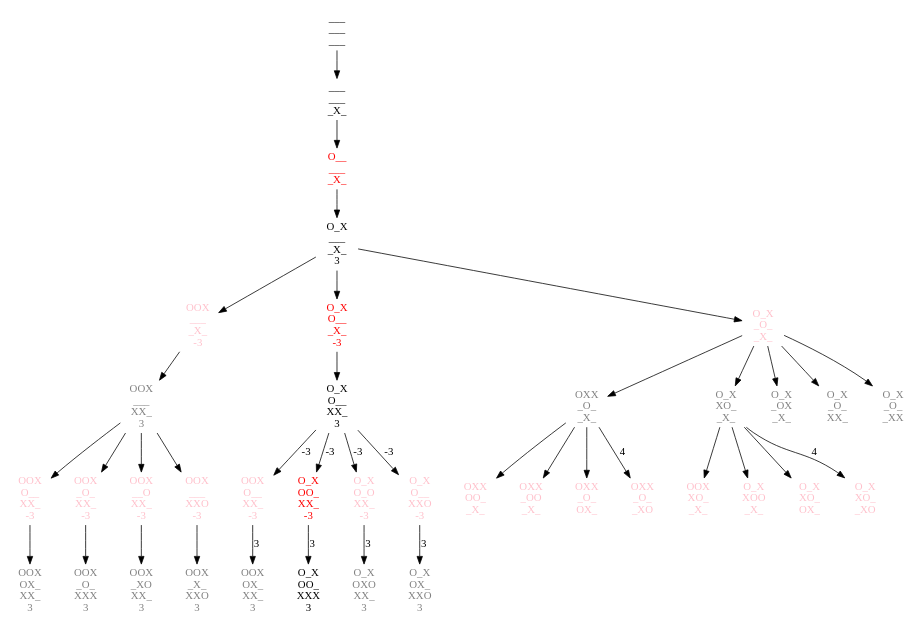
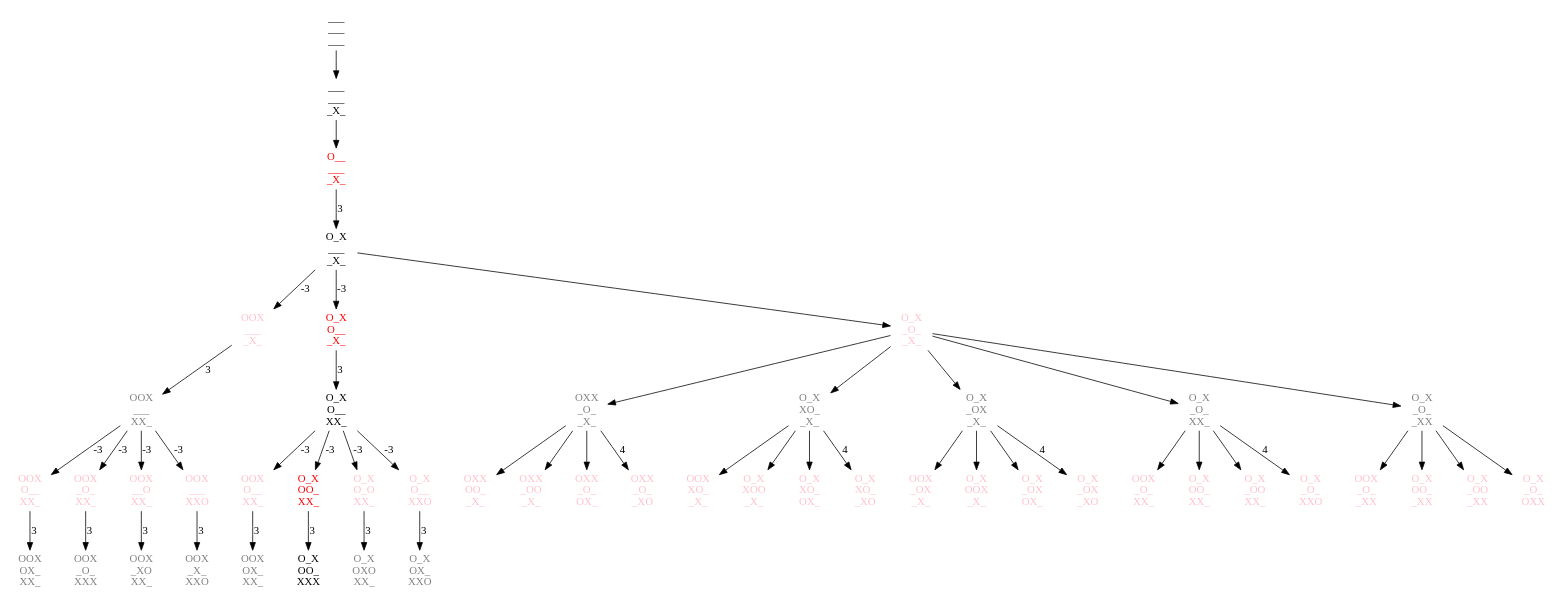
The diagram in monikas_game.dot (tybl/monorepo), drawn with Graphviz before and after one commit. The commit also changed 2 other files, not shown here.

```diff
--- a/monikas_game.dot
+++ b/monikas_game.dot
@@ -1,79 +1,103 @@
 digraph G {
   Empty [fontname="mono" fontcolor="black" shape=none label="___\n___\n___"];
   M7 [fontname="mono" fontcolor="black" shape=none label="___\n___\n_X_"];
   Empty -> M7;
   A70 [fontname="mono" fontcolor="red" shape=none label="O__\n___\n_X_"];
   M7 -> A70;
-  M702 [fontname="mono" fontcolor="black" shape=none label="O_X\n___\n_X_\n3"];
-  A70 -> M702;
-  a7021 [fontname="mono" fontcolor="pink" shape=none label="OOX\n___\n_X_\n-3"];
-  M702 -> a7021;
-  m70216 [fontname="mono" fontcolor="grey" shape=none label="OOX\n___\nXX_\n3"];
-  a7021 -> m70216;
-  a702163 [fontname="mono" fontcolor="pink" shape=none label="OOX\nO__\nXX_\n-3"];
-  m70216 -> a702163;
-  m7021634 [fontname="mono" fontcolor="grey" shape=none label="OOX\nOX_\nXX_\n3"];
-  a702163 -> m7021634;
-  a702164 [fontname="mono" fontcolor="pink" shape=none label="OOX\n_O_\nXX_\n-3"];
-  m70216 -> a702164;
-  m7021648 [fontname="mono" fontcolor="grey" shape=none label="OOX\n_O_\nXXX\n3"];
-  a702164 ->m7021648;
-  a702165 [fontname="mono" fontcolor="pink" shape=none label="OOX\n__O\nXX_\n-3"];
-  m70216 -> a702165;
-  m7021654 [fontname="mono" fontcolor="grey" shape=none label="OOX\n_XO\nXX_\n3"];
-  a702165 -> m7021654;
-  a702168 [fontname="mono" fontcolor="pink" shape=none label="OOX\n___\nXXO\n-3"];
-  m70216 -> a702168;
-  m7021684 [fontname="mono" fontcolor="grey" shape=none label="OOX\n_X_\nXXO\n3"];
-  a702168 -> m7021684;
+  M702 [fontname="mono" fontcolor="black" shape=none label="O_X\n___\n_X_"];
+  A70 -> M702 [label="3"];
+  a7021 [fontname="mono" fontcolor="pink" shape=none label="OOX\n___\n_X_"];
+  M702 -> a7021 [label="-3"];
+  m70216 [fontname="mono" fontcolor="grey" shape=none label="OOX\n___\nXX_"];
+  a7021 -> m70216 [label="3"];
+  a702163 [fontname="mono" fontcolor="pink" shape=none label="OOX\nO__\nXX_"];
+  m70216 -> a702163 [label="-3"];
+  m7021634 [fontname="mono" fontcolor="grey" shape=none label="OOX\nOX_\nXX_"];
+  a702163 -> m7021634 [label="3"];
+  a702164 [fontname="mono" fontcolor="pink" shape=none label="OOX\n_O_\nXX_"];
+  m70216 -> a702164 [label="-3"];
+  m7021648 [fontname="mono" fontcolor="grey" shape=none label="OOX\n_O_\nXXX"];
+  a702164 ->m7021648 [label="3"];
+  a702165 [fontname="mono" fontcolor="pink" shape=none label="OOX\n__O\nXX_"];
+  m70216 -> a702165 [label="-3"];
+  m7021654 [fontname="mono" fontcolor="grey" shape=none label="OOX\n_XO\nXX_"];
+  a702165 -> m7021654 [label="3"];
+  a702168 [fontname="mono" fontcolor="pink" shape=none label="OOX\n___\nXXO"];
+  m70216 -> a702168 [label="-3"];
+  m7021684 [fontname="mono" fontcolor="grey" shape=none label="OOX\n_X_\nXXO"];
+  a702168 -> m7021684 [label="3"];
 
-  A7023 [fontname="mono" fontcolor="red" shape=none label="O_X\nO__\n_X_\n-3"];
-  M702 -> A7023;
-  M70236 [fontname="mono" fontcolor="black" shape=none label="O_X\nO__\nXX_\n3"];
-  A7023 -> M70236;
-  a702361 [fontname="mono" fontcolor="pink" shape=none label="OOX\nO__\nXX_\n-3"];
+  A7023 [fontname="mono" fontcolor="red" shape=none label="O_X\nO__\n_X_"];
+  M702 -> A7023 [label="-3"];
+  M70236 [fontname="mono" fontcolor="black" shape=none label="O_X\nO__\nXX_"];
+  A7023 -> M70236 [label="3"];
+  a702361 [fontname="mono" fontcolor="pink" shape=none label="OOX\nO__\nXX_"];
   M70236 -> a702361 [label="-3"];
-  m7023614 [fontname="mono" fontcolor="grey" shape=none label="OOX\nOX_\nXX_\n3"];
+  m7023614 [fontname="mono" fontcolor="grey" shape=none label="OOX\nOX_\nXX_"];
   a702361 -> m7023614 [label="3"];
-  A702364 [fontname="mono" fontcolor="red" shape=none label="O_X\nOO_\nXX_\n-3"];
+  A702364 [fontname="mono" fontcolor="red" shape=none label="O_X\nOO_\nXX_"];
   M70236 -> A702364 [label="-3"];
-  M7023648 [fontname="mono" fontcolor="black" shape=none label="O_X\nOO_\nXXX\n3"];
+  M7023648 [fontname="mono" fontcolor="black" shape=none label="O_X\nOO_\nXXX"];
   A702364 -> M7023648 [label="3"];
-  a702365 [fontname="mono" fontcolor="pink" shape=none label="O_X\nO_O\nXX_\n-3"];
+  a702365 [fontname="mono" fontcolor="pink" shape=none label="O_X\nO_O\nXX_"];
   M70236 -> a702365 [label="-3"];
-  m7023654 [fontname="mono" fontcolor="grey" shape=none label="O_X\nOXO\nXX_\n3"];
+  m7023654 [fontname="mono" fontcolor="grey" shape=none label="O_X\nOXO\nXX_"];
   a702365 -> m7023654 [label="3"];
-  a702368 [fontname="mono" fontcolor="pink" shape=none label="O_X\nO__\nXXO\n-3"];
+  a702368 [fontname="mono" fontcolor="pink" shape=none label="O_X\nO__\nXXO"];
   M70236 -> a702368 [label="-3"];
-  m7023684 [fontname="mono" fontcolor="grey" shape=none label="O_X\nOX_\nXXO\n3"];
+  m7023684 [fontname="mono" fontcolor="grey" shape=none label="O_X\nOX_\nXXO"];
   a702368 -> m7023684 [label="3"];
 
   a7024 [fontname="mono" fontcolor="pink" shape=none label="O_X\n_O_\n_X_"];
   M702 -> a7024;
   m70241 [fontname="mono" fontcolor="grey" shape=none label="OXX\n_O_\n_X_"];
   a7024 -> m70241;
   a702413 [fontname="mono" fontcolor="pink" shape=none label="OXX\nOO_\n_X_"];
   m70241 -> a702413;
   a702415 [fontname="mono" fontcolor="pink" shape=none label="OXX\n_OO\n_X_"];
   m70241 -> a702415;
   a702416 [fontname="mono" fontcolor="pink" shape=none label="OXX\n_O_\nOX_"];
   m70241 -> a702416;
   a702418 [fontname="mono" fontcolor="pink" shape=none label="OXX\n_O_\n_XO"];
   m70241 -> a702418 [label="4"];
   m70243 [fontname="mono" fontcolor="grey" shape=none label="O_X\nXO_\n_X_"];
   a7024 -> m70243;
   a702431 [fontname="mono" fontcolor="pink" shape=none label="OOX\nXO_\n_X_"];
   m70243 -> a702431;
   a702435 [fontname="mono" fontcolor="pink" shape=none label="O_X\nXOO\n_X_"];
   m70243 -> a702435;
   a702436 [fontname="mono" fontcolor="pink" shape=none label="O_X\nXO_\nOX_"];
   m70243 -> a702436;
   a702438 [fontname="mono" fontcolor="pink" shape=none label="O_X\nXO_\n_XO"];
   m70243 -> a702438 [label="4"];
   m70245 [fontname="mono" fontcolor="grey" shape=none label="O_X\n_OX\n_X_"];
   a7024 -> m70245;
+  a702451 [fontname="mono" fontcolor="pink" shape=none label="OOX\n_OX\n_X_"];
+  m70245 -> a702451;
+  a702453 [fontname="mono" fontcolor="pink" shape=none label="O_X\nOOX\n_X_"];
+  m70245 -> a702453;
+  a702456 [fontname="mono" fontcolor="pink" shape=none label="O_X\n_OX\nOX_"];
+  m70245 -> a702456;
+  a702458 [fontname="mono" fontcolor="pink" shape=none label="O_X\n_OX\n_XO"];
+  m70245 -> a702458 [label="4"];
   m70246 [fontname="mono" fontcolor="grey" shape=none label="O_X\n_O_\nXX_"];
   a7024 -> m70246;
+  a702461 [fontname="mono" fontcolor="pink" shape=none label="OOX\n_O_\nXX_"];
+  m70246 -> a702461;
+  a702463 [fontname="mono" fontcolor="pink" shape=none label="O_X\nOO_\nXX_"];
+  m70246 -> a702463;
+  a702465 [fontname="mono" fontcolor="pink" shape=none label="O_X\n_OO\nXX_"];
+  m70246 -> a702465;
+  a702468 [fontname="mono" fontcolor="pink" shape=none label="O_X\n_O_\nXXO"];
+  m70246 -> a702468 [label="4"];
   m70248 [fontname="mono" fontcolor="grey" shape=none label="O_X\n_O_\n_XX"];
   a7024 -> m70248;
+  a702481 [fontname="mono" fontcolor="pink" shape=none label="OOX\n_O_\n_XX"];
+  m70248 -> a702481;
+  a702483 [fontname="mono" fontcolor="pink" shape=none label="O_X\nOO_\n_XX"];
+  m70248 -> a702483;
+  a702485 [fontname="mono" fontcolor="pink" shape=none label="O_X\n_OO\n_XX"];
+  m70248 -> a702485;
+  a702486 [fontname="mono" fontcolor="pink" shape=none label="O_X\n_O_\nOXX"];
+  m70248 -> a702486;
 }
```
